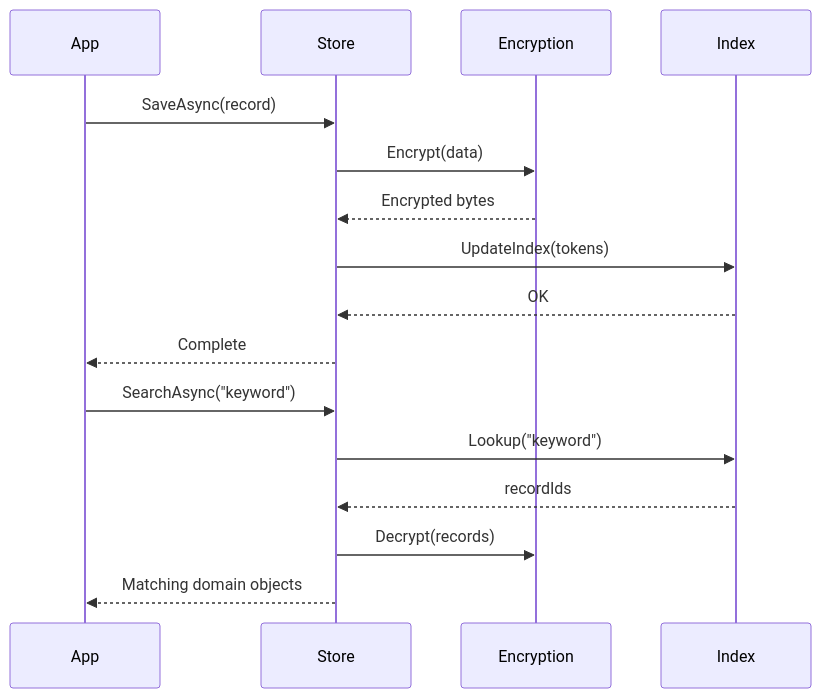
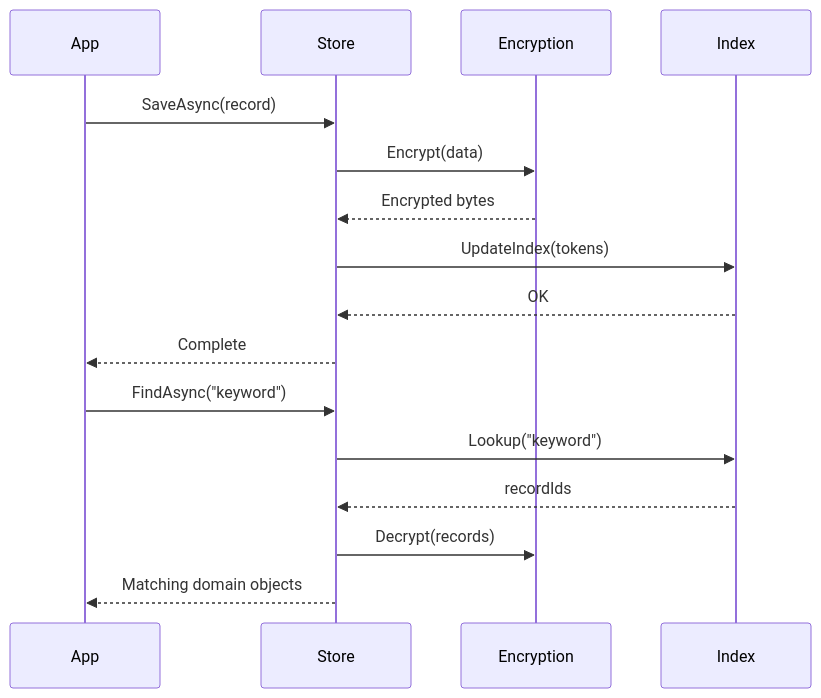
Before and after one commit to matt-goldman/Cabinet: the diagram in _docs/architecture.md, drawn with Mermaid. The commit also changed 19 other files, not shown here.

````diff
--- a/_docs/architecture.md
+++ b/_docs/architecture.md
@@ -113,20 +113,20 @@
 ```mermaid
 sequenceDiagram
     participant App
     participant Store
     participant Encryption
     participant Index
 
     App->>Store: SaveAsync(record)
     Store->>Encryption: Encrypt(data)
     Encryption-->>Store: Encrypted bytes
     Store->>Index: UpdateIndex(tokens)
     Index-->>Store: OK
     Store-->>App: Complete
 
-    App->>Store: SearchAsync("keyword")
+    App->>Store: FindAsync("keyword")
     Store->>Index: Lookup("keyword")
     Index-->>Store: recordIds
     Store->>Encryption: Decrypt(records)
     Store-->>App: Matching domain objects
 ```
````
